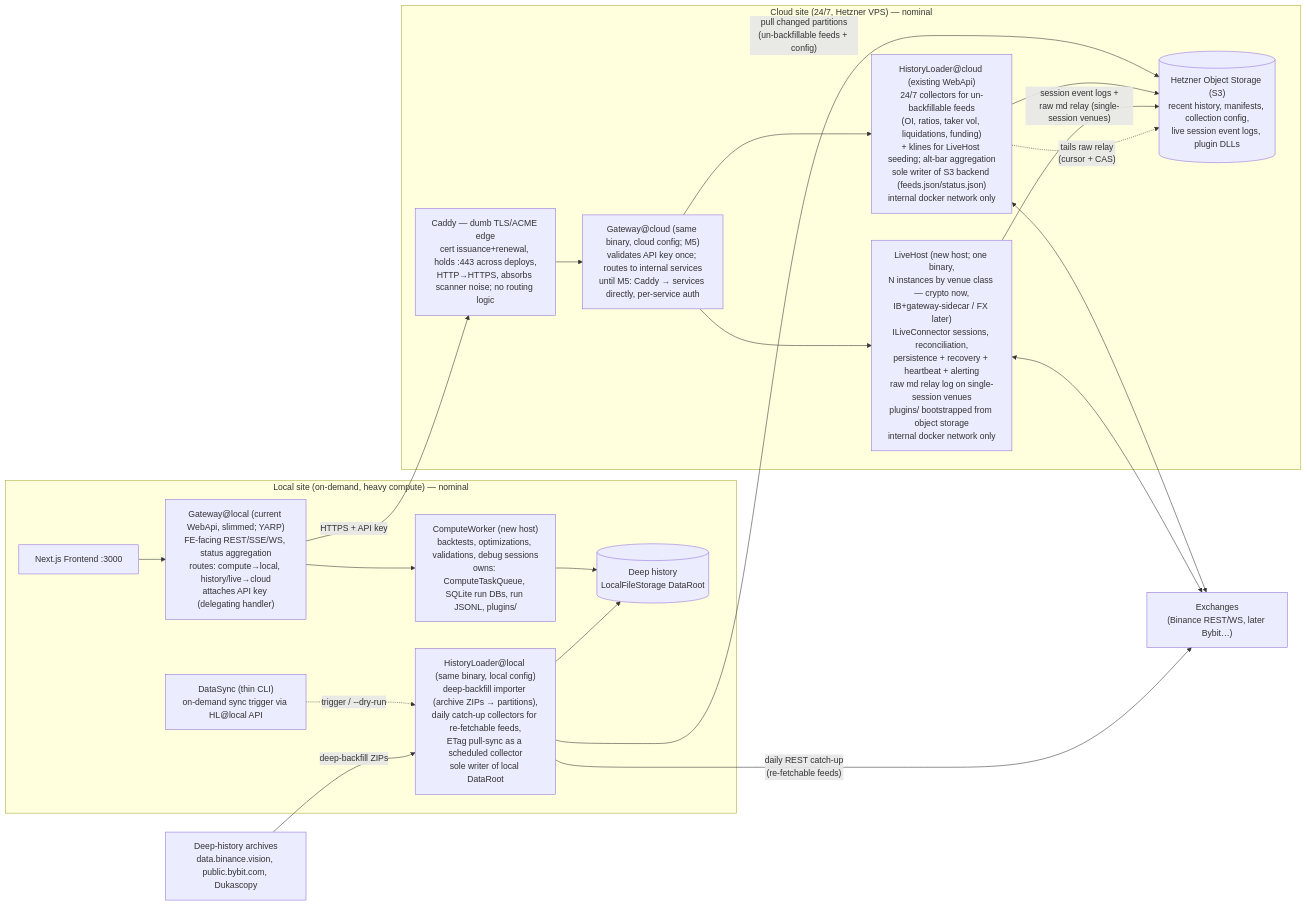
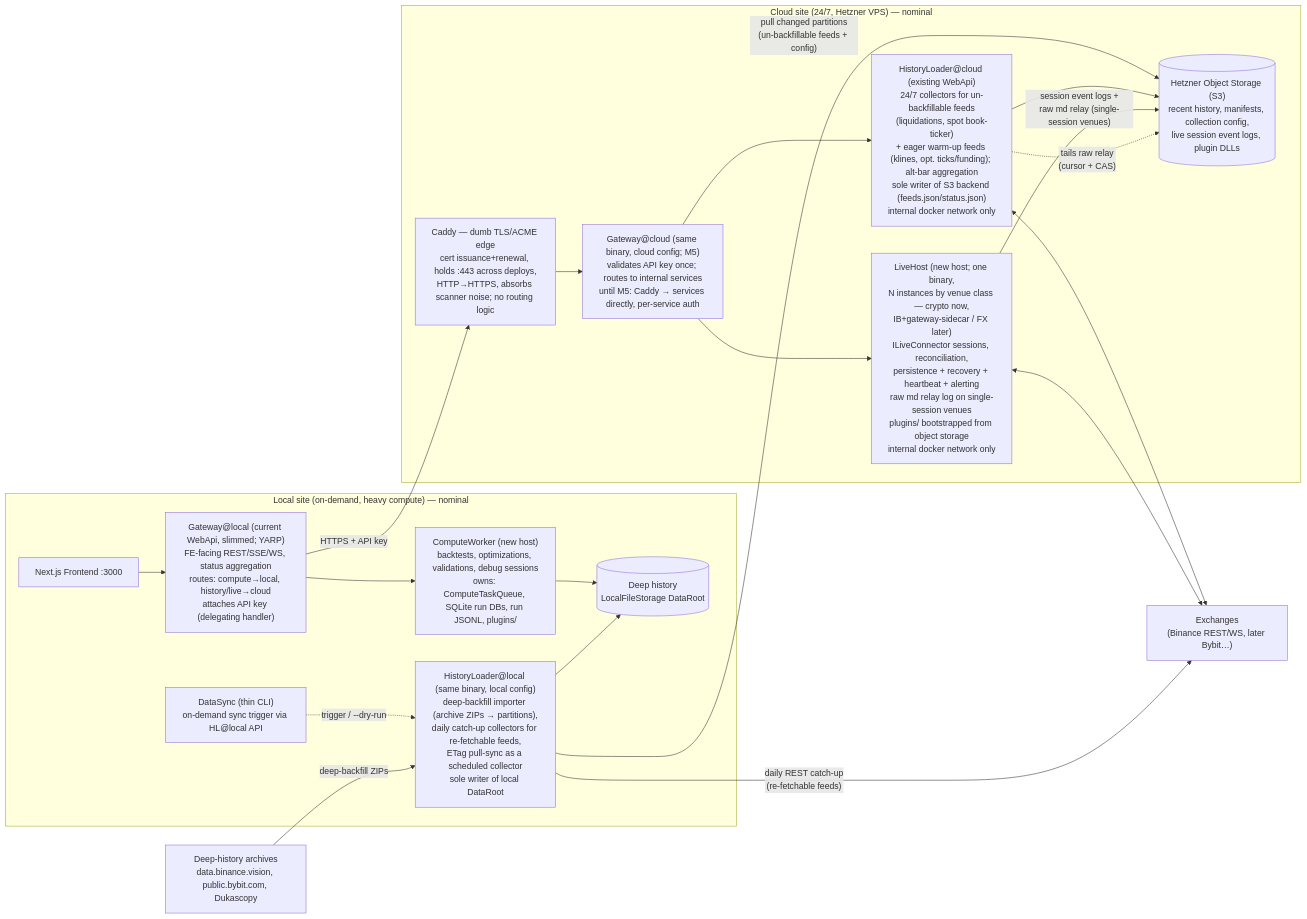
One commit to PunkBASSter/AlgoTradeForge changed the diagram in docs/service-decomposition-vision.md. Above: the diagram before and after it, drawn with Mermaid. The commit also changed other lines of this file and 1 other file, not shown here.

````diff
--- a/docs/service-decomposition-vision.md
+++ b/docs/service-decomposition-vision.md
@@ -59,40 +59,40 @@
 ```mermaid
 flowchart LR
     subgraph LOCAL["Local site (on-demand, heavy compute) — nominal"]
         FE[Next.js Frontend :3000]
         GW["Gateway@local (current WebApi, slimmed; YARP)\nFE-facing REST/SSE/WS, status aggregation\nroutes: compute→local, history/live→cloud\nattaches API key (delegating handler)"]
         CW["ComputeWorker (new host)\nbacktests, optimizations, validations, debug sessions\nowns: ComputeTaskQueue, SQLite run DBs, run JSONL, plugins/"]
         DH[("Deep history\nLocalFileStorage DataRoot")]
         HLL["HistoryLoader@local (same binary, local config)\ndeep-backfill importer (archive ZIPs → partitions),\ndaily catch-up collectors for re-fetchable feeds,\nETag pull-sync as a scheduled collector\nsole writer of local DataRoot"]
         DS["DataSync (thin CLI)\non-demand sync trigger via HL@local API"]
     end
 
     subgraph CLOUD["Cloud site (24/7, Hetzner VPS) — nominal"]
         CADDY["Caddy — dumb TLS/ACME edge\ncert issuance+renewal, holds :443 across deploys,\nHTTP→HTTPS, absorbs scanner noise; no routing logic"]
         GWC["Gateway@cloud (same binary, cloud config; M5)\nvalidates API key once; routes to internal services\nuntil M5: Caddy → services directly, per-service auth"]
-        HL["HistoryLoader@cloud (existing WebApi)\n24/7 collectors for un-backfillable feeds\n(OI, ratios, taker vol, liquidations, funding)\n+ klines for LiveHost seeding; alt-bar aggregation\nsole writer of S3 backend (feeds.json/status.json)\ninternal docker network only"]
+        HL["HistoryLoader@cloud (existing WebApi)\n24/7 collectors for un-backfillable feeds\n(liquidations, spot book-ticker)\n+ eager warm-up feeds (klines, opt. ticks/funding); alt-bar aggregation\nsole writer of S3 backend (feeds.json/status.json)\ninternal docker network only"]
         LH["LiveHost (new host; one binary,\nN instances by venue class — crypto now,\nIB+gateway-sidecar / FX later)\nILiveConnector sessions, reconciliation,\npersistence + recovery + heartbeat + alerting\nraw md relay log on single-session venues\nplugins/ bootstrapped from object storage\ninternal docker network only"]
         S3[("Hetzner Object Storage (S3)\nrecent history, manifests, collection config,\nlive session event logs, plugin DLLs")]
     end
 
     EX["Exchanges\n(Binance REST/WS, later Bybit…)"]
     DV["Deep-history archives\ndata.binance.vision, public.bybit.com, Dukascopy"]
 
     FE --> GW
     GW --> CW
     GW -- "HTTPS + API key" --> CADDY
     CADDY --> GWC
     GWC --> HL
     GWC --> LH
     CW --> DH
     DS -. "trigger / --dry-run" .-> HLL
     HLL -- "pull changed partitions\n(un-backfillable feeds + config)" --> S3
     HLL --> DH
     HLL -- "daily REST catch-up\n(re-fetchable feeds)" --> EX
     HL --> S3
     LH -- "session event logs +\nraw md relay (single-session venues)" --> S3
     HL -. "tails raw relay\n(cursor + CAS)" .-> S3
     HL <--> EX
     LH <--> EX
     DV -- "deep-backfill ZIPs" --> HLL
 ```
````
